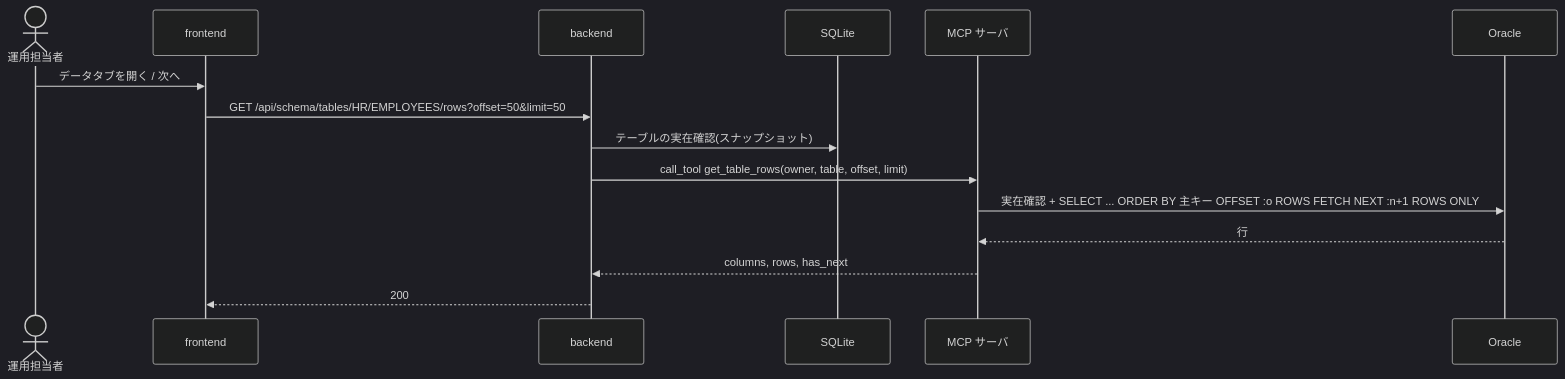
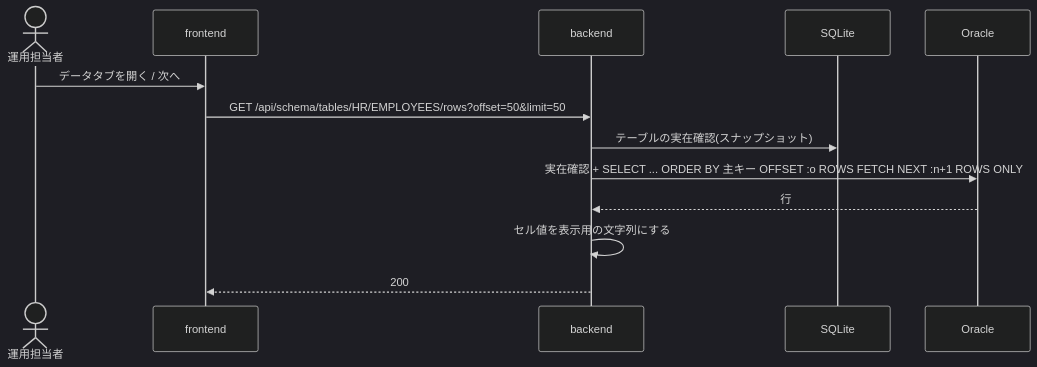
One commit to kagyuu/DbFAQ changed the third of 3 diagrams in docs/P002-frontend-spec.md. Above: the diagram before and after it, drawn with Mermaid (dark theme). The commit also changed other lines of this file and 147 other files, not shown here.

````diff
--- a/docs/P002-frontend-spec.md
+++ b/docs/P002-frontend-spec.md
@@ -493,17 +492,15 @@
 ```mermaid
 sequenceDiagram
   actor U as 運用担当者
   participant FE as frontend
   participant BE as backend
   participant S as SQLite
-  participant M as MCP サーバ
   participant O as Oracle
   U->>FE: データタブを開く / 次へ
   FE->>BE: GET /api/schema/tables/HR/EMPLOYEES/rows?offset=50&limit=50
   BE->>S: テーブルの実在確認(スナップショット)
-  BE->>M: call_tool get_table_rows(owner, table, offset, limit)
-  M->>O: 実在確認 + SELECT ... ORDER BY 主キー OFFSET :o ROWS FETCH NEXT :n+1 ROWS ONLY
-  O-->>M: 行
-  M-->>BE: columns, rows, has_next
+  BE->>O: 実在確認 + SELECT ... ORDER BY 主キー OFFSET :o ROWS FETCH NEXT :n+1 ROWS ONLY
+  O-->>BE: 行
+  BE->>BE: セル値を表示用の文字列にする
   BE-->>FE: 200
 ```
````
